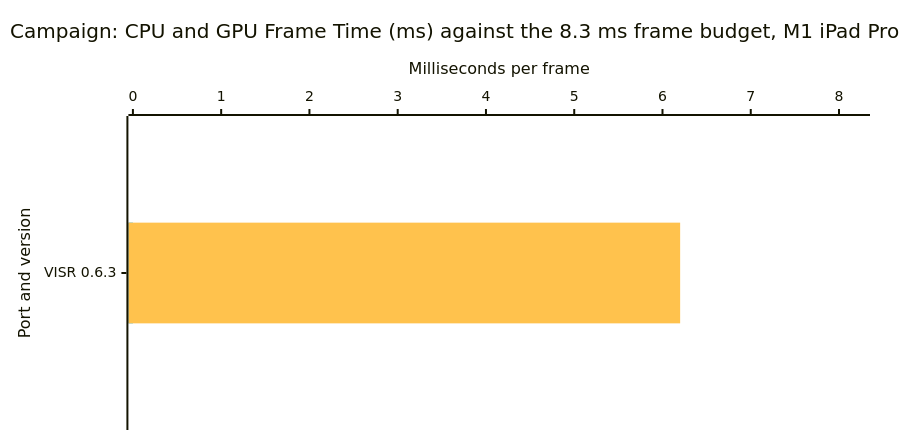
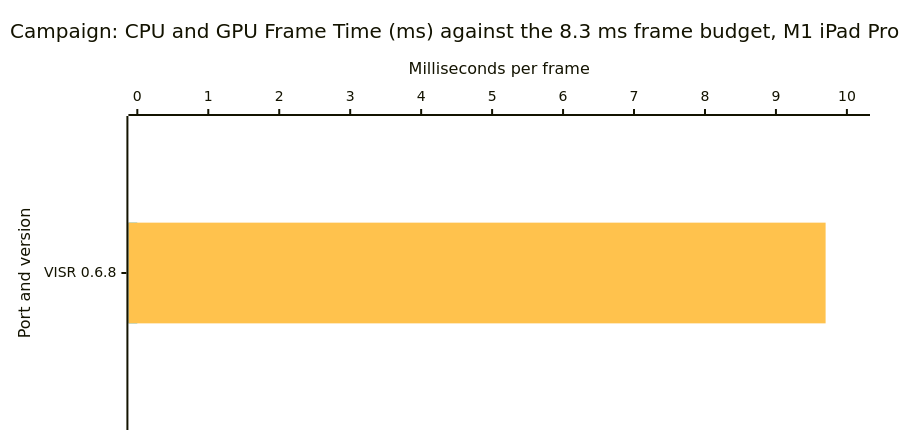
One commit to VISR-CE/visr changed the second of 7 diagrams in docs/benchmarks.md. Above: the diagram before and after it, drawn with Mermaid. The commit also changed other lines of this file and 4 other files, not shown here.

````diff
--- a/docs/benchmarks.md
+++ b/docs/benchmarks.md
@@ -48,17 +48,17 @@
 ```mermaid
 ---
 config:
   xyChart:
     width: 860
     height: 420
   themeVariables:
     xyChart:
       plotColorPalette: "#1fa9d4, #ffc24d"
 ---
 xychart-beta horizontal
     title "Campaign: CPU and GPU Frame Time (ms) against the 8.3 ms frame budget, M1 iPad Pro"
-    x-axis "Port and version" ["VISR 0.6.3"]
-    y-axis "Milliseconds per frame" 0 --> 8.3
+    x-axis "Port and version" ["VISR 0.6.8"]
+    y-axis "Milliseconds per frame" 0 --> 10.2
     bar [0]
-    bar [6.2]
+    bar [9.7]
 ```
````
